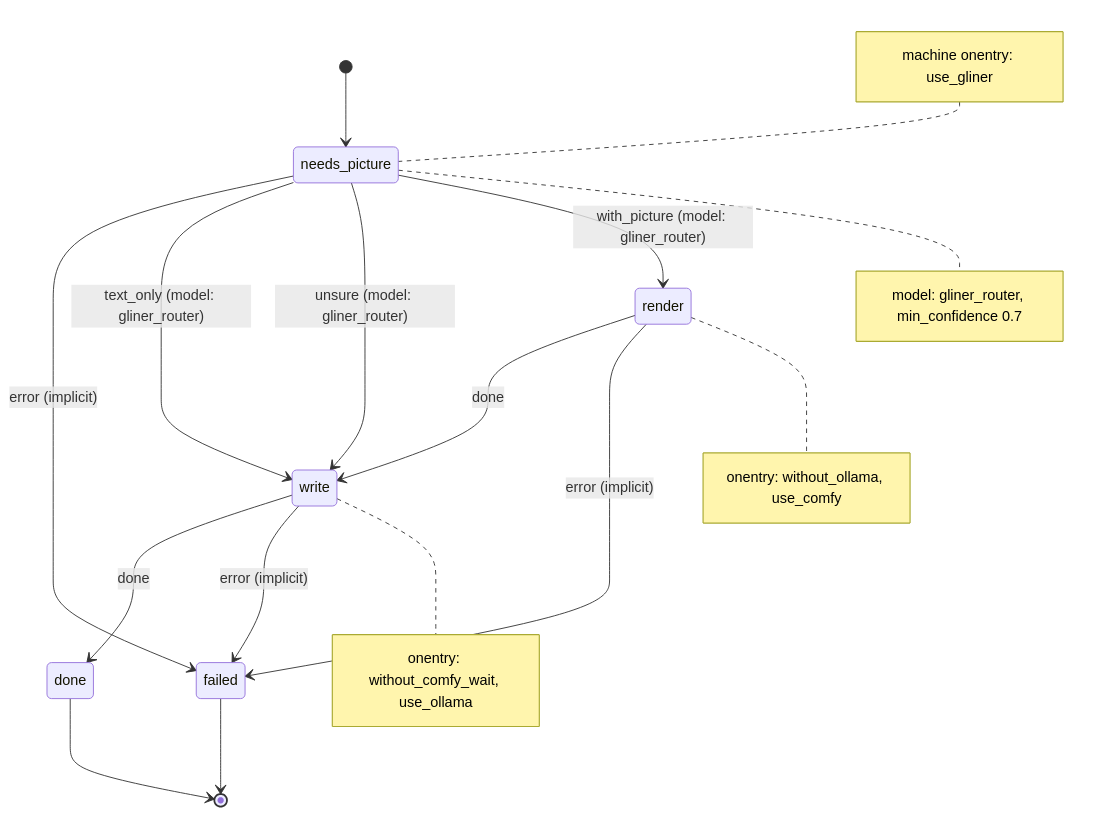
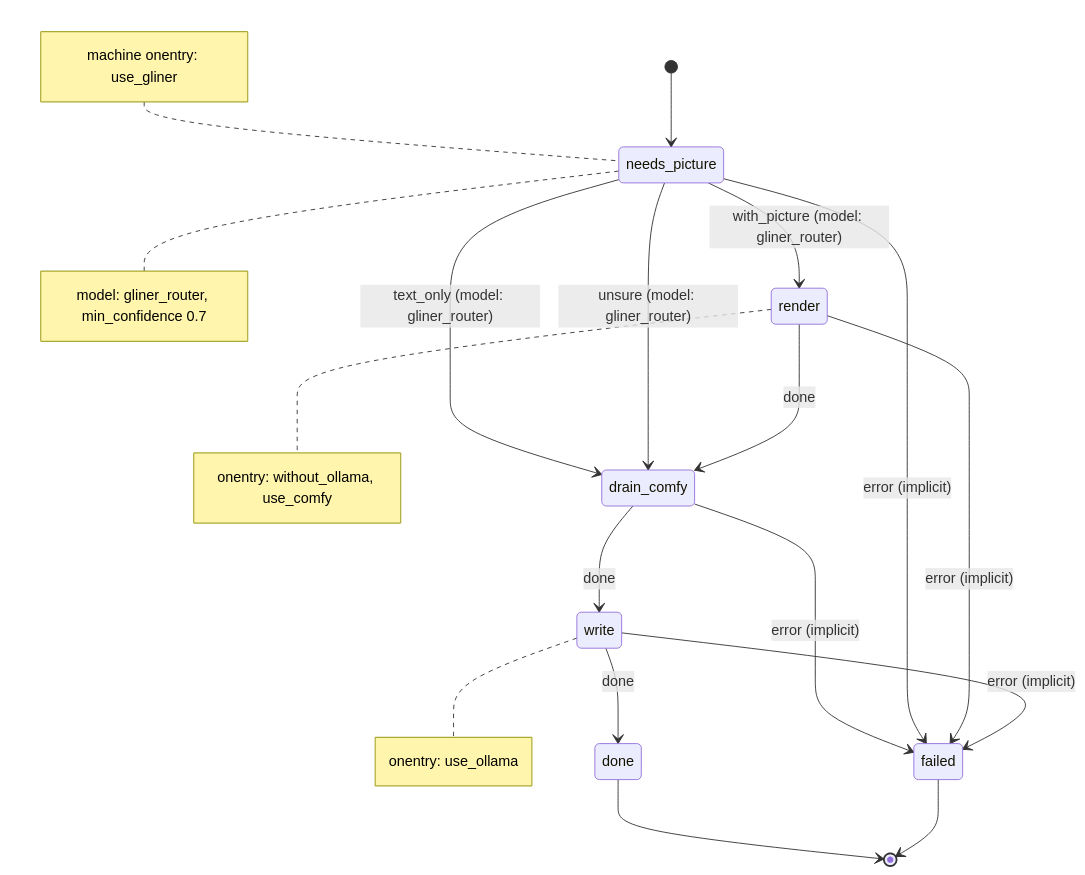
The diagram in examples/tmux-services/.decree/graph/illustrated_post.md (jtmckay/decree), drawn with Mermaid before and after one commit. The commit also changed 41 other files, not shown here.

````diff
--- a/examples/tmux-services/.decree/graph/illustrated_post.md
+++ b/examples/tmux-services/.decree/graph/illustrated_post.md
@@ -7,26 +7,28 @@
 ```mermaid
 stateDiagram-v2
     [*] --> needs_picture
+    drain_comfy --> write: done
+    drain_comfy --> failed: error (implicit)
     needs_picture --> failed: error (implicit)
-    needs_picture --> write: text_only (model: gliner_router)
-    needs_picture --> write: unsure (model: gliner_router)
+    needs_picture --> drain_comfy: text_only (model: gliner_router)
+    needs_picture --> drain_comfy: unsure (model: gliner_router)
     needs_picture --> render: with_picture (model: gliner_router)
-    render --> write: done
+    render --> drain_comfy: done
     render --> failed: error (implicit)
     write --> done: done
     write --> failed: error (implicit)
     done --> [*]
     failed --> [*]
     note left of needs_picture
         machine onentry: use_gliner
     end note
     note right of needs_picture
         model: gliner_router, min_confidence 0.7
     end note
     note right of render
         onentry: without_ollama, use_comfy
     end note
     note right of write
-        onentry: without_comfy_wait, use_ollama
+        onentry: use_ollama
     end note
 ```
````
